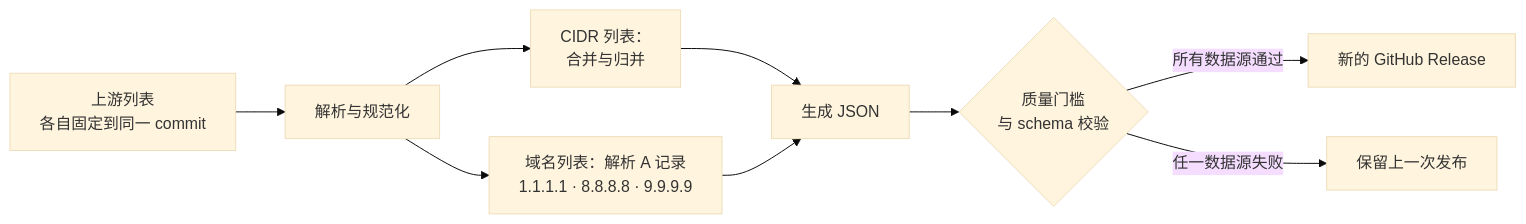
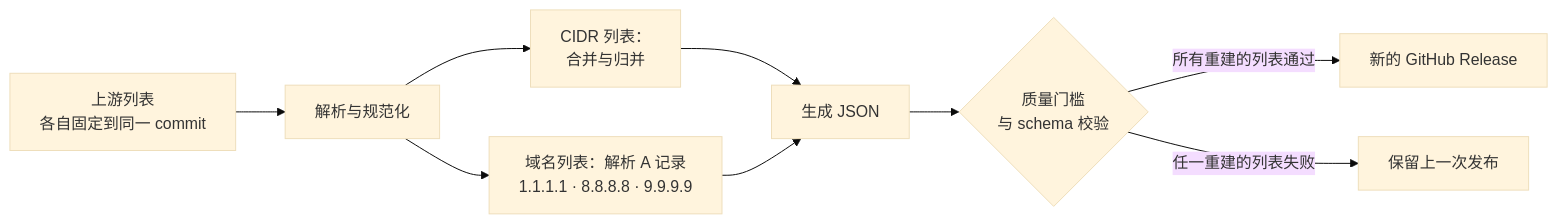
One commit to shidevil/amnezia-china-split-tunnel changed the diagram in README.zh-CN.md. Above: the diagram before and after it, drawn with Mermaid (base theme). The commit also changed other lines of this file and 3 other files, not shown here.

````diff
--- a/README.zh-CN.md
+++ b/README.zh-CN.md
@@ -235,11 +237,11 @@
 ```mermaid
 flowchart LR
     A["上游列表<br/>各自固定到同一 commit"] --> B["解析与规范化"]
     B --> C["CIDR 列表：<br/>合并与归并"]
     B --> D["域名列表：解析 A 记录<br/>1.1.1.1 · 8.8.8.8 · 9.9.9.9"]
     C --> E["生成 JSON"]
     D --> E
     E --> F{"质量门槛<br/>与 schema 校验"}
-    F -->|"所有数据源通过"| G["新的 GitHub Release"]
-    F -->|"任一数据源失败"| H["保留上一次发布"]
+    F -->|"所有重建的列表通过"| G["新的 GitHub Release"]
+    F -->|"任一重建的列表失败"| H["保留上一次发布"]
 ```
````
